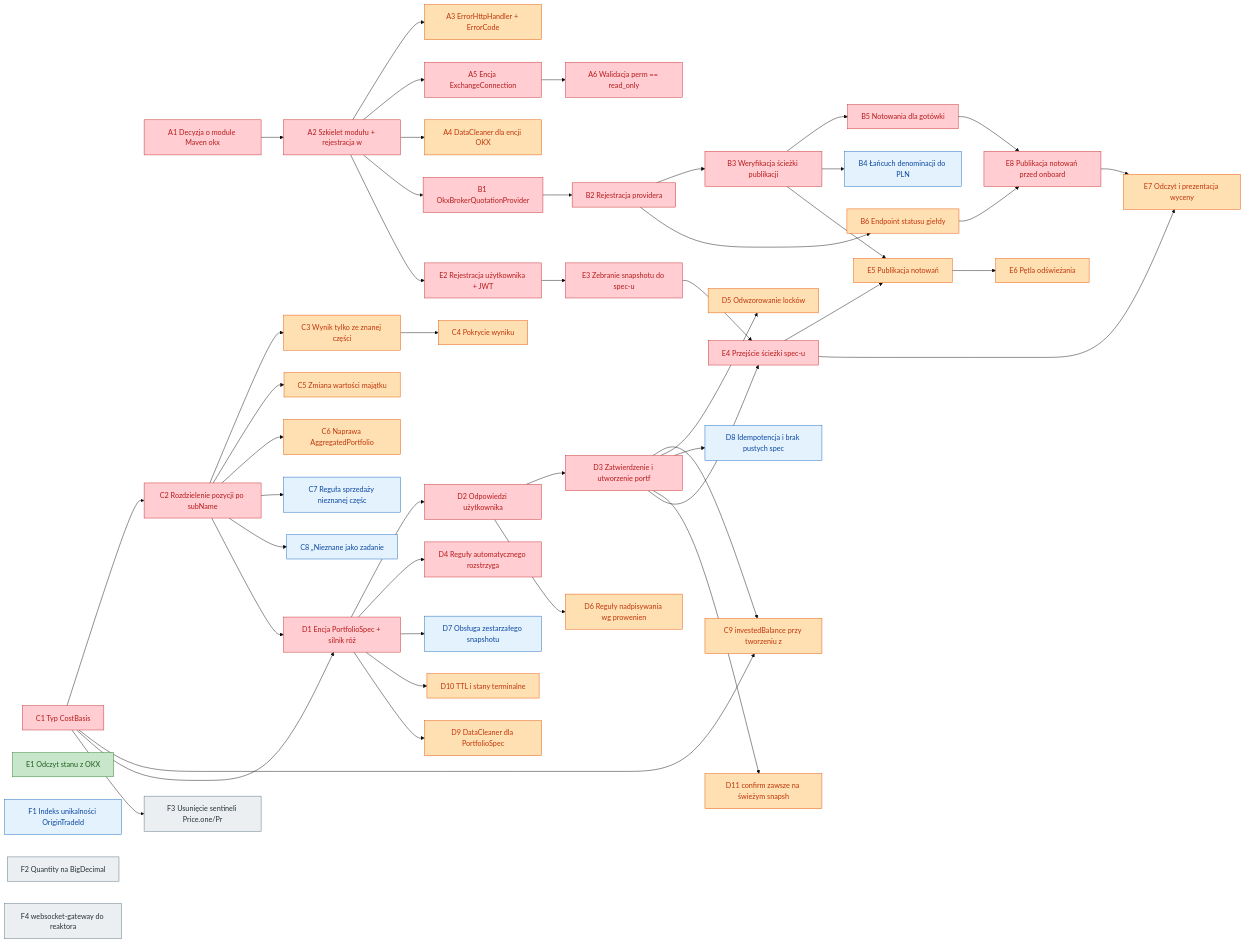
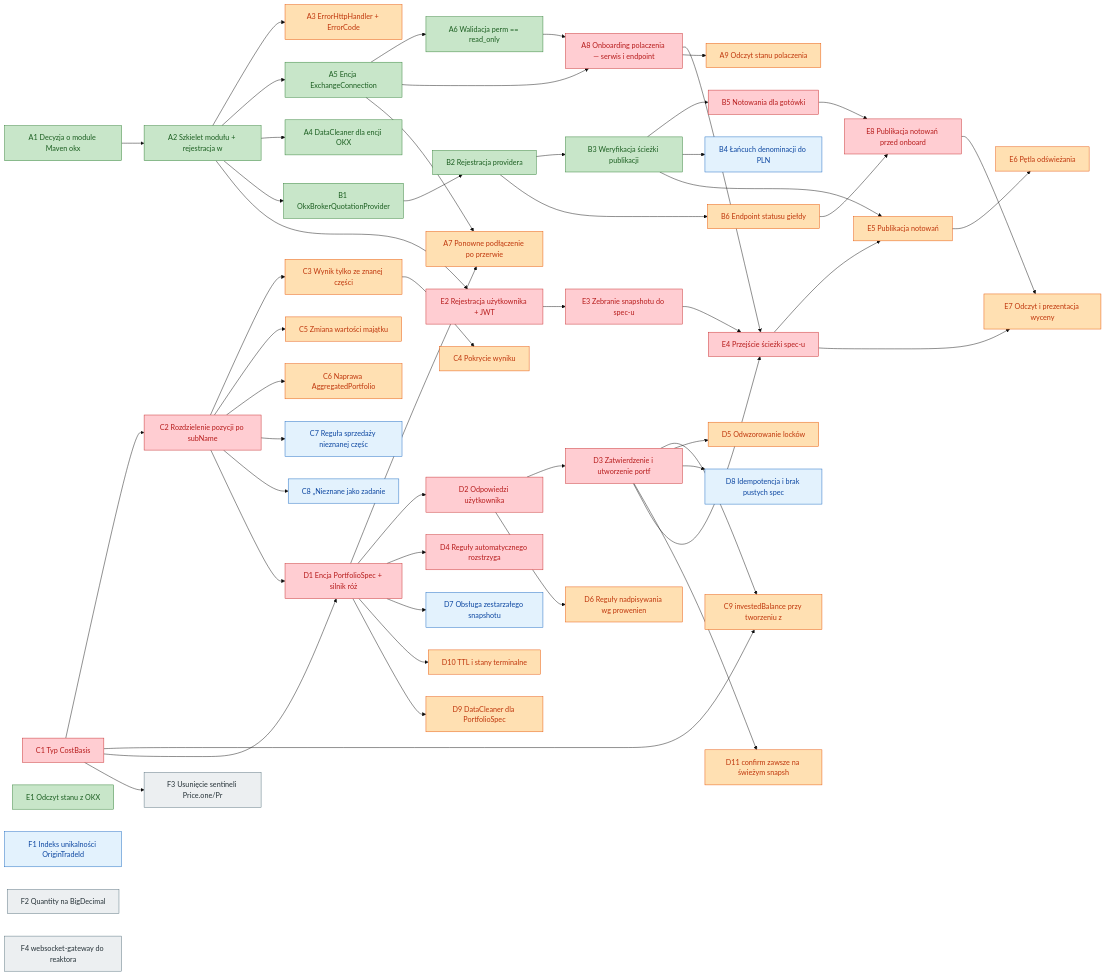
One commit to lu92/vidulum changed the diagram in docs/features-backlog/2026-09-18-okx-tasks.md. Above: the diagram before and after it, drawn with Mermaid (base theme). The commit also changed other lines of this file and 30 other files, not shown here.

```diff
--- a/docs/features-backlog/2026-09-18-okx-tasks.md
+++ b/docs/features-backlog/2026-09-18-okx-tasks.md
@@ -128,15 +135,18 @@
     classDef p3 fill:#ECEFF1,stroke:#546E7A,color:#263238
     classDef done fill:#C8E6C9,stroke:#2E7D32,color:#1B5E20
 
-    A1["A1 Decyzja o module Maven okx"]:::p0
-    A2["A2 Szkielet modułu + rejestracja w "]:::p0
+    A1["A1 Decyzja o module Maven okx"]:::done
+    A2["A2 Szkielet modułu + rejestracja w "]:::done
     A3["A3 ErrorHttpHandler + ErrorCode"]:::p1
-    A5["A5 Encja ExchangeConnection"]:::p0
-    A6["A6 Walidacja perm == read_only"]:::p0
-    A4["A4 DataCleaner dla encji OKX"]:::p1
-    B1["B1 OkxBrokerQuotationProvider"]:::p0
-    B2["B2 Rejestracja providera"]:::p0
-    B3["B3 Weryfikacja ścieżki publikacji"]:::p0
+    A5["A5 Encja ExchangeConnection"]:::done
+    A6["A6 Walidacja perm == read_only"]:::done
+    A8["A8 Onboarding polaczenia — serwis i endpoint"]:::p0
+    A9["A9 Odczyt stanu polaczenia"]:::p1
+    A4["A4 DataCleaner dla encji OKX"]:::done
+    A7["A7 Ponowne podłączenie po przerwie"]:::p1
+    B1["B1 OkxBrokerQuotationProvider"]:::done
+    B2["B2 Rejestracja providera"]:::done
+    B3["B3 Weryfikacja ścieżki publikacji"]:::done
     B5["B5 Notowania dla gotówki"]:::p0
     B6["B6 Endpoint statusu giełdy"]:::p1
     B4["B4 Łańcuch denominacji do PLN"]:::p2
@@ -177,7 +187,13 @@
     A2 --> A3
     A2 --> A5
     A5 --> A6
+    A5 --> A8
+    A6 --> A8
+    A8 --> E4
+    A8 --> A9
     A2 --> A4
+    A5 --> A7
+    D1 --> A7
     A2 --> B1
     B1 --> B2
     B2 --> B3
```
